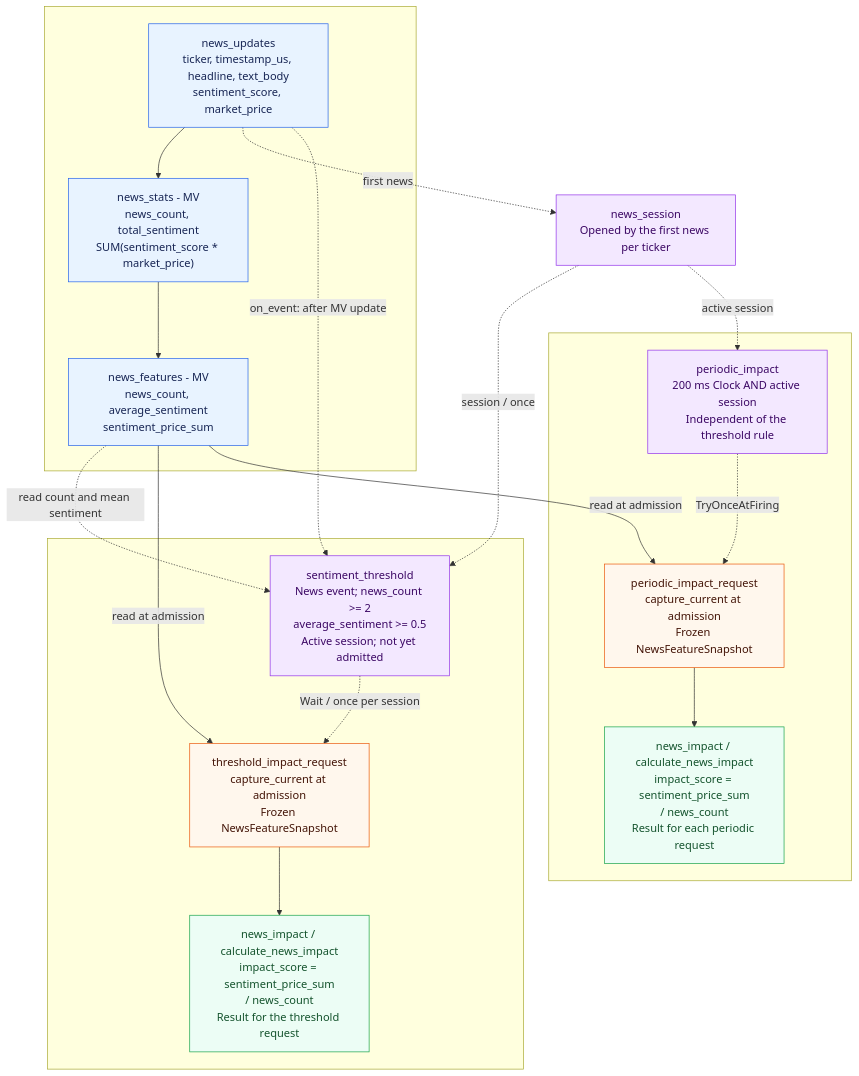
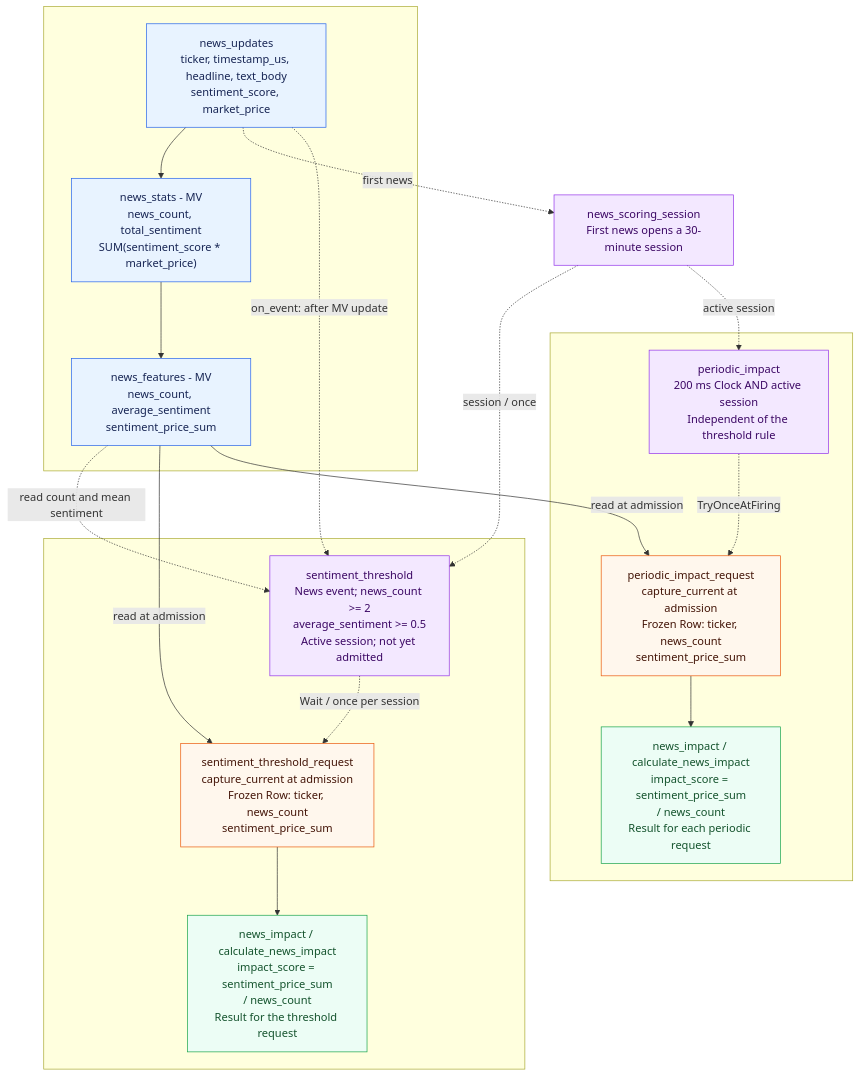
Before and after one commit to Obscurepawn/EventFlow: the diagram in README.md, drawn with Mermaid. The commit also changed other lines of this file and 81 other files, not shown here.

````diff
--- a/README.md
+++ b/README.md
@@ -109,40 +147,40 @@
 ```mermaid
 flowchart TB
     subgraph live_features[" "]
         news["news_updates<br/>ticker, timestamp_us, headline, text_body<br/>sentiment_score, market_price"]
         totals["news_stats - MV<br/>news_count, total_sentiment<br/>SUM(sentiment_score * market_price)"]
         features["news_features - MV<br/>news_count, average_sentiment<br/>sentiment_price_sum"]
         news --> totals --> features
     end
-    session["news_session<br/>Opened by the first news per ticker"]
+    session["news_scoring_session<br/>First news opens a 30-minute session"]
     subgraph threshold_job[" "]
         threshold["sentiment_threshold<br/>News event; news_count >= 2<br/>average_sentiment >= 0.5<br/>Active session; not yet admitted"]
-        threshold_input["threshold_impact_request<br/>capture_current at admission<br/>Frozen NewsFeatureSnapshot"]
+        threshold_input["sentiment_threshold_request<br/>capture_current at admission<br/>Frozen Row: ticker, news_count<br/>sentiment_price_sum"]
         threshold_score["news_impact / calculate_news_impact<br/>impact_score = sentiment_price_sum<br/>/ news_count<br/>Result for the threshold request"]
         threshold -. "Wait / once per session" .-> threshold_input
         threshold_input --> threshold_score
     end
     subgraph periodic_job[" "]
         periodic["periodic_impact<br/>200 ms Clock AND active session<br/>Independent of the threshold rule"]
-        periodic_input["periodic_impact_request<br/>capture_current at admission<br/>Frozen NewsFeatureSnapshot"]
+        periodic_input["periodic_impact_request<br/>capture_current at admission<br/>Frozen Row: ticker, news_count<br/>sentiment_price_sum"]
         periodic_impact["news_impact / calculate_news_impact<br/>impact_score = sentiment_price_sum<br/>/ news_count<br/>Result for each periodic request"]
         periodic -. "TryOnceAtFiring" .-> periodic_input
         periodic_input --> periodic_impact
     end
 
     news -. "first news" .-> session
     news -. "on_event: after MV update" .-> threshold
     features -. "read count and mean sentiment" .-> threshold
     session -. "session / once" .-> threshold
     session -. "active session" .-> periodic
     features -->|"read at admission"| threshold_input
     features -->|"read at admission"| periodic_input
     classDef materialized fill:#e8f3ff,stroke:#2563eb,color:#172554;
     classDef control fill:#f3e8ff,stroke:#9333ea,color:#3b0764;
     classDef snapshot fill:#fff7ed,stroke:#ea580c,color:#431407;
     classDef result fill:#ecfdf5,stroke:#16a34a,color:#14532d;
     class news,totals,features materialized;
     class session,threshold,periodic control;
     class threshold_input,periodic_input snapshot;
     class threshold_score,periodic_impact result;
 ```
````
